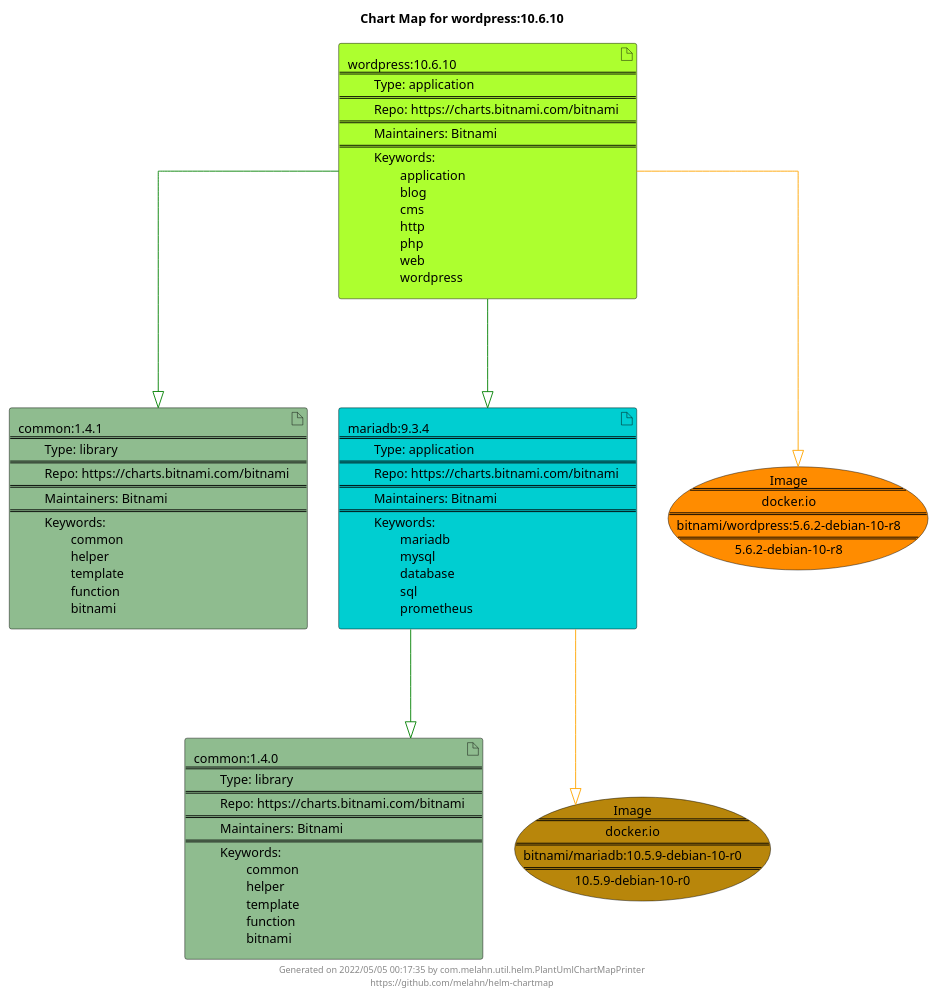
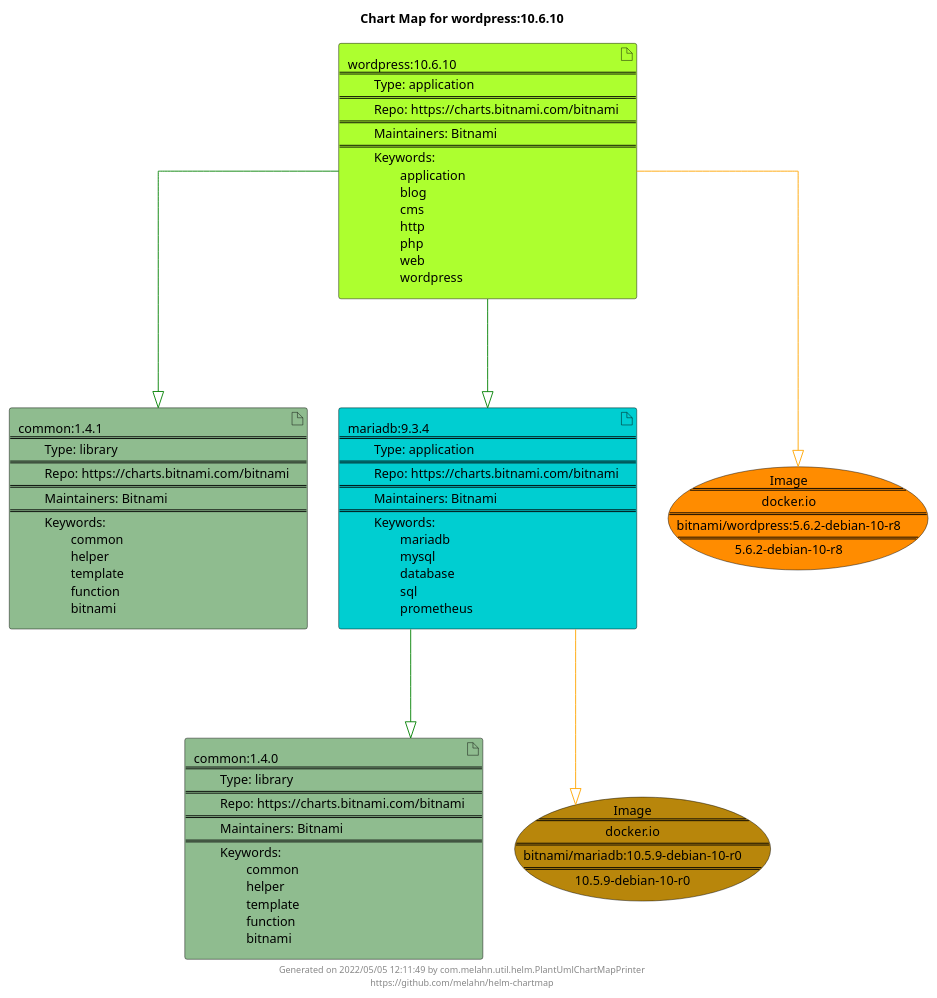
Before and after one commit to melahn/helm-chartmap: the diagram in docs/wordpress/wordpress-10.6.10.puml, drawn with PlantUML. The commit also changed 62 other files, not shown here.

Commit message:
Update Example Chart Maps as part of GitHub build

```diff
--- a/docs/wordpress/wordpress-10.6.10.puml
+++ b/docs/wordpress/wordpress-10.6.10.puml
@@ -1,29 +1,29 @@
 @startuml
 skinparam linetype ortho
 skinparam backgroundColor white
 skinparam usecaseBorderColor black
 skinparam usecaseArrowColor LightSlateGray
 skinparam artifactBorderColor black
 skinparam artifactArrowColor LightSlateGray
 
 title Chart Map for wordpress:10.6.10
 
 'There are 4 referenced Helm Charts
 artifact "common:1.4.1\n====\n\tType: library\n====\n\tRepo: https://charts.bitnami.com/bitnami\n====\n\tMaintainers: Bitnami\n====\n\tKeywords: \n\t\tcommon\n\t\thelper\n\t\ttemplate\n\t\tfunction\n\t\tbitnami" as common_1_4_1 #DarkSeaGreen
 artifact "mariadb:9.3.4\n====\n\tType: application\n====\n\tRepo: https://charts.bitnami.com/bitnami\n====\n\tMaintainers: Bitnami\n====\n\tKeywords: \n\t\tmariadb\n\t\tmysql\n\t\tdatabase\n\t\tsql\n\t\tprometheus" as mariadb_9_3_4 #DarkTurquoise
 artifact "common:1.4.0\n====\n\tType: library\n====\n\tRepo: https://charts.bitnami.com/bitnami\n====\n\tMaintainers: Bitnami\n====\n\tKeywords: \n\t\tcommon\n\t\thelper\n\t\ttemplate\n\t\tfunction\n\t\tbitnami" as common_1_4_0 #DarkSeaGreen
 artifact "wordpress:10.6.10\n====\n\tType: application\n====\n\tRepo: https://charts.bitnami.com/bitnami\n====\n\tMaintainers: Bitnami\n====\n\tKeywords: \n\t\tapplication\n\t\tblog\n\t\tcms\n\t\thttp\n\t\tphp\n\t\tweb\n\t\twordpress" as wordpress_10_6_10 #GreenYellow
 
 'There are 2 referenced Docker Images
 usecase "Image\n====\ndocker.io\n====\nbitnami/wordpress:5.6.2-debian-10-r8\n====\n5.6.2-debian-10-r8" as docker_io_bitnami_wordpress_5_6_2_debian_10_r8 #Darkorange
 usecase "Image\n====\ndocker.io\n====\nbitnami/mariadb:10.5.9-debian-10-r0\n====\n10.5.9-debian-10-r0" as docker_io_bitnami_mariadb_10_5_9_debian_10_r0 #DarkGoldenRod
 
 'Chart Dependencies
 wordpress_10_6_10--[#green]-|>common_1_4_1
 wordpress_10_6_10--[#green]-|>mariadb_9_3_4
 mariadb_9_3_4--[#green]-|>common_1_4_0
 mariadb_9_3_4--[#orange]-|>docker_io_bitnami_mariadb_10_5_9_debian_10_r0
 wordpress_10_6_10--[#orange]-|>docker_io_bitnami_wordpress_5_6_2_debian_10_r8
 
-center footer Generated on 2022/05/05 00:17:35 by com.melahn.util.helm.PlantUmlChartMapPrinter\nhttps://github.com/melahn/helm-chartmap
+center footer Generated on 2022/05/05 12:11:49 by com.melahn.util.helm.PlantUmlChartMapPrinter\nhttps://github.com/melahn/helm-chartmap
 @enduml
```
